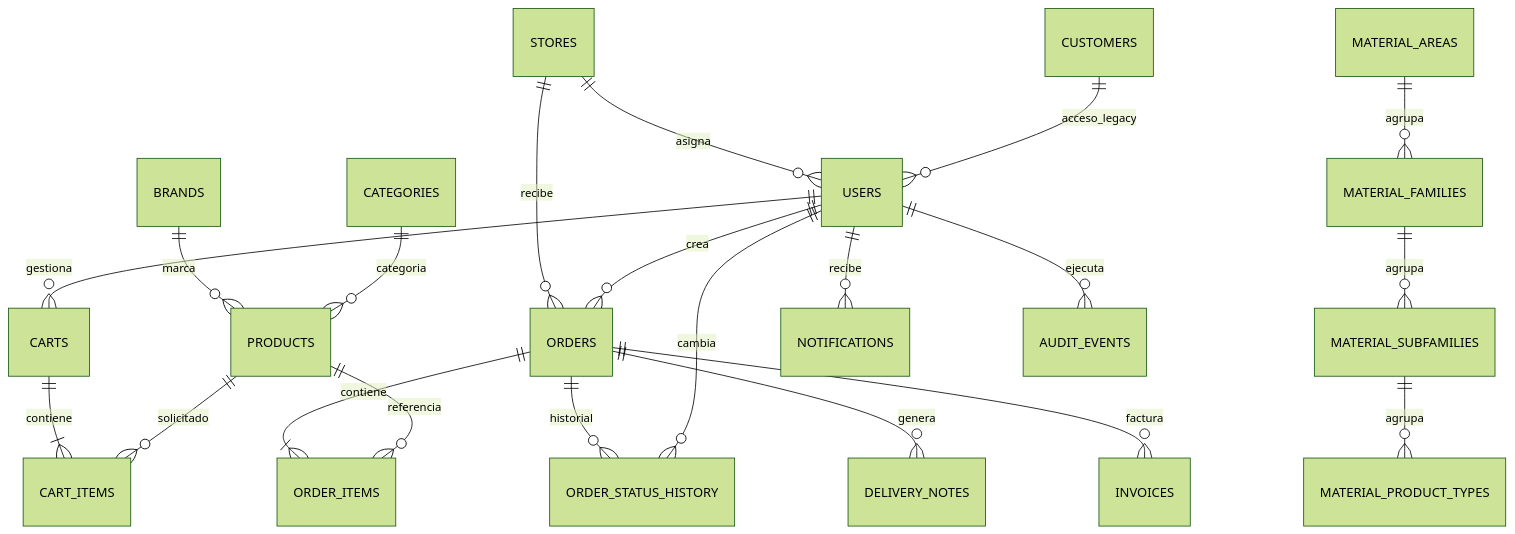
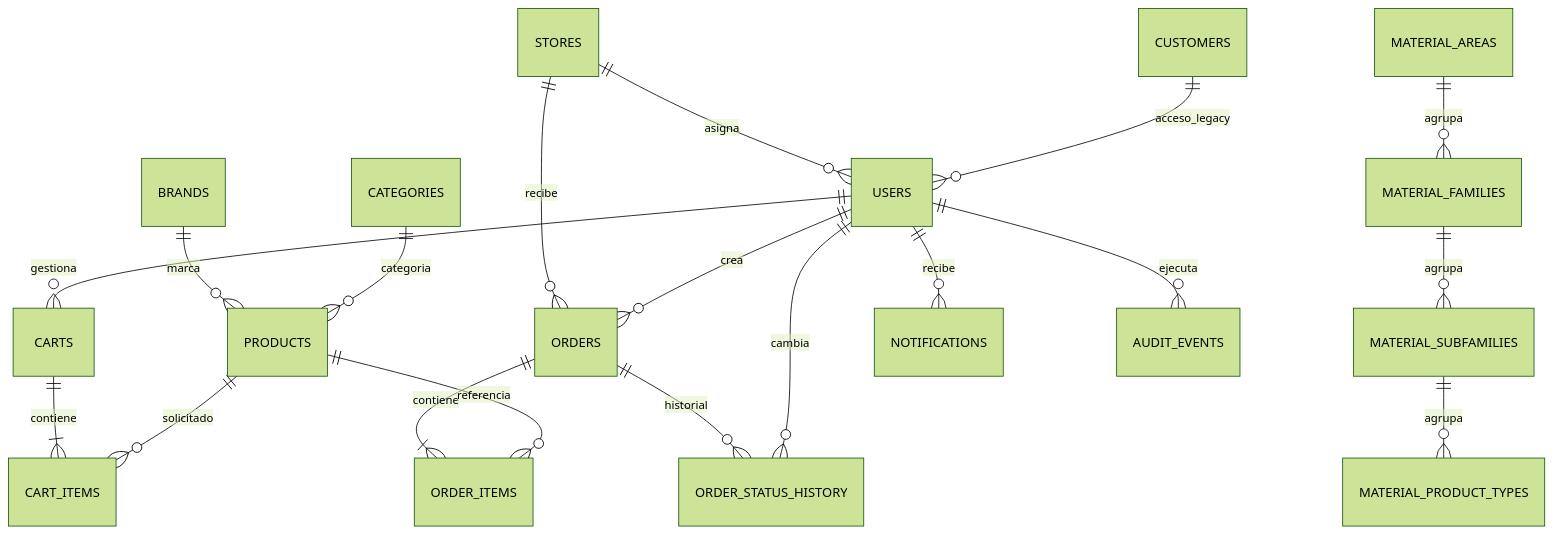
One commit to TdigitaTel/WEB_B2B changed the diagram in docs/postgresql-schema.md. Above: the diagram before and after it, drawn with Mermaid (forest theme). The commit also changed other lines of this file and 8 other files, not shown here.

````diff
--- a/docs/postgresql-schema.md
+++ b/docs/postgresql-schema.md
@@ -60,23 +66,21 @@
 ```mermaid
 erDiagram
     STORES ||--o{ USERS : asigna
     STORES ||--o{ ORDERS : recibe
     CUSTOMERS ||--o{ USERS : acceso_legacy
     USERS ||--o{ CARTS : gestiona
     CARTS ||--|{ CART_ITEMS : contiene
     PRODUCTS ||--o{ CART_ITEMS : solicitado
     BRANDS ||--o{ PRODUCTS : marca
     CATEGORIES ||--o{ PRODUCTS : categoria
     MATERIAL_AREAS ||--o{ MATERIAL_FAMILIES : agrupa
     MATERIAL_FAMILIES ||--o{ MATERIAL_SUBFAMILIES : agrupa
     MATERIAL_SUBFAMILIES ||--o{ MATERIAL_PRODUCT_TYPES : agrupa
     ORDERS ||--|{ ORDER_ITEMS : contiene
     PRODUCTS ||--o{ ORDER_ITEMS : referencia
     USERS ||--o{ ORDERS : crea
     ORDERS ||--o{ ORDER_STATUS_HISTORY : historial
     USERS ||--o{ ORDER_STATUS_HISTORY : cambia
-    ORDERS ||--o{ DELIVERY_NOTES : genera
-    ORDERS ||--o{ INVOICES : factura
     USERS ||--o{ NOTIFICATIONS : recibe
     USERS ||--o{ AUDIT_EVENTS : ejecuta
 ```
````
